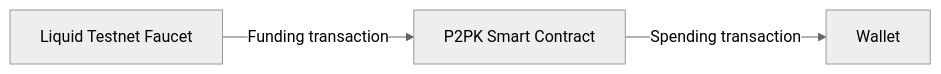
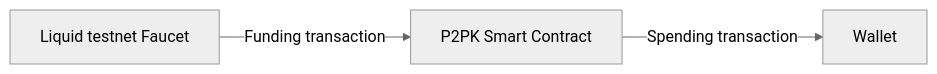
Before and after one commit to BlockstreamResearch/simplicity-lang-org: the diagram in docs/getting-started/quickstart.md, drawn with Mermaid (neutral theme). The commit also changed other lines of this file, not shown here.

First line of the commit message:
Correct capitalization of 'testnet' and 'faucet' in documentation

````diff
--- a/docs/getting-started/quickstart.md
+++ b/docs/getting-started/quickstart.md
@@ -115,5 +115,5 @@
 ```mermaid
 flowchart LR
-    A[Liquid Testnet Faucet] -- Funding transaction --> B[P2PK Smart Contract];
+    A[Liquid testnet Faucet] -- Funding transaction --> B[P2PK Smart Contract];
     B -- Spending transaction --> C[Wallet];
 ```
````
